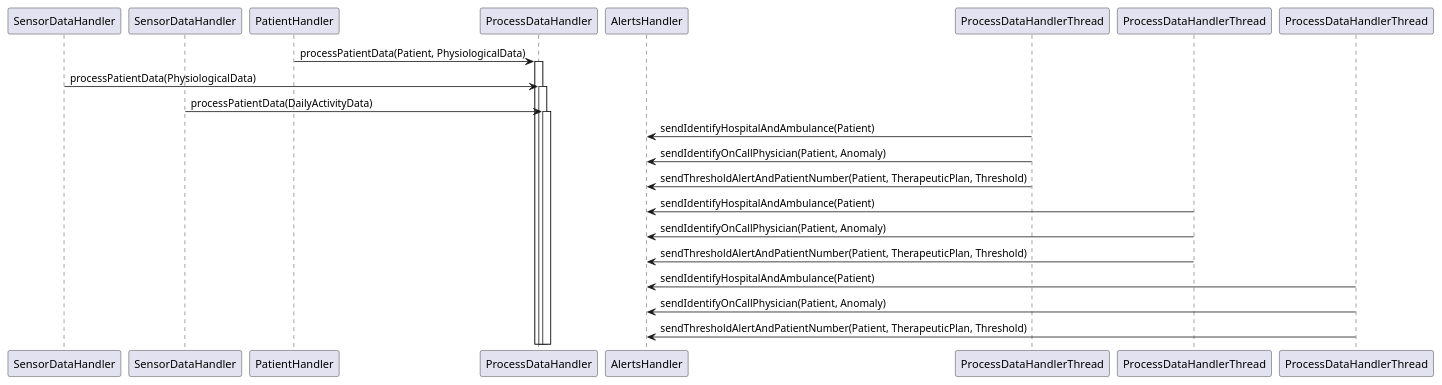
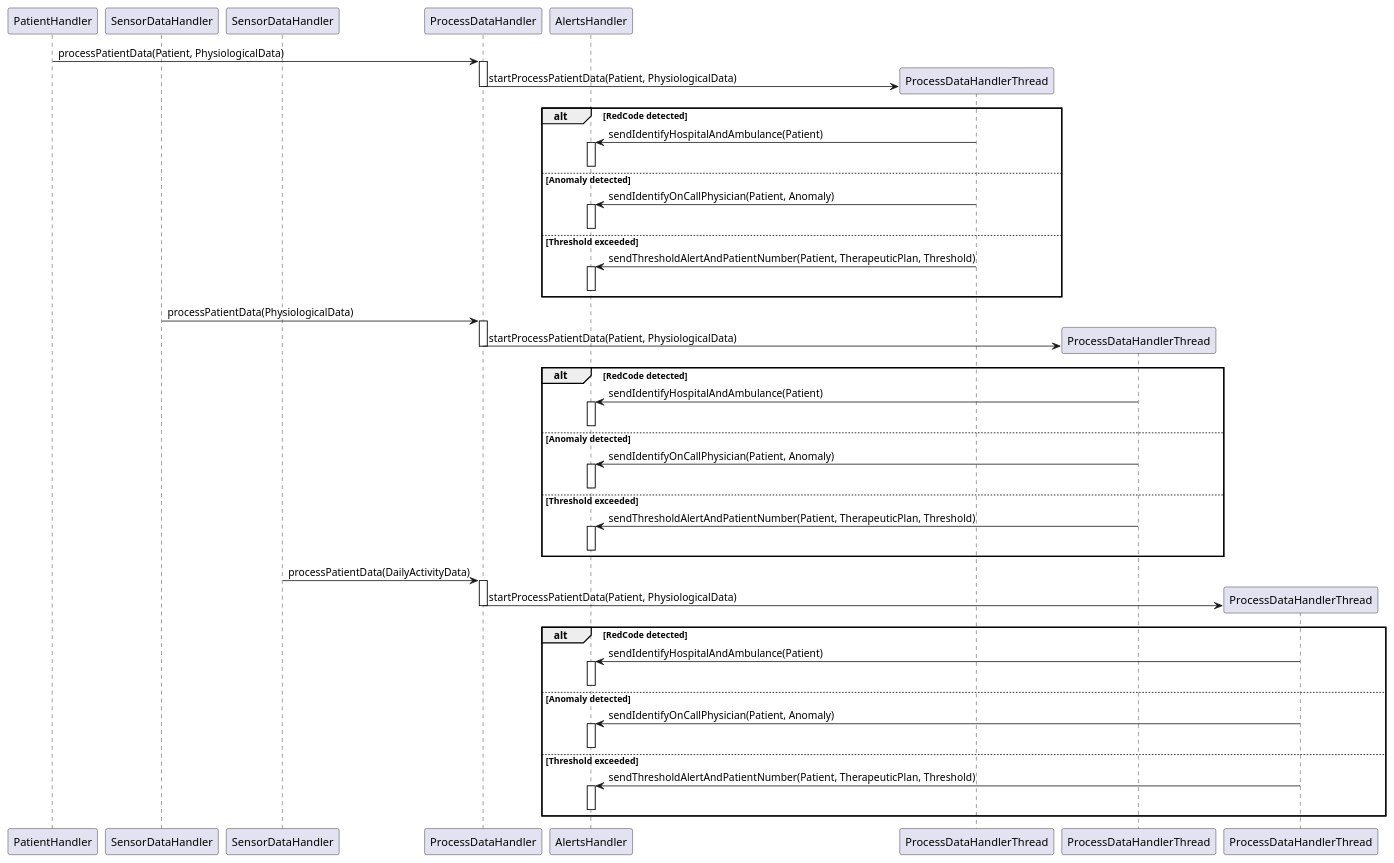
Before and after one commit to koalas11/Software-Architecture-Project: the diagram in diagrams/sequence-diagrams/process_data_handler.wsd, drawn with PlantUML. The commit also changed 2 other files, not shown here.

```diff
--- a/diagrams/sequence-diagrams/process_data_handler.wsd
+++ b/diagrams/sequence-diagrams/process_data_handler.wsd
@@ -1,30 +1,61 @@
 @startuml process_data_handler
+participant PatientHandler as PH
 participant SensorDataHandler as SDH1
 participant SensorDataHandler as SDH2
-participant PatientHandler as PH
 participant ProcessDataHandler as PDH
 participant AlertsHandler as AH
 participant ProcessDataHandlerThread as PDH1
 participant ProcessDataHandlerThread as PDH2
 participant ProcessDataHandlerThread as PDH3
 
 PH -> PDH ++ : processPatientData(Patient, PhysiologicalData)
 
+PDH -> PDH1 ** : startProcessPatientData(Patient, PhysiologicalData)
+deactivate PDH
 
+alt RedCode detected
+PDH1 -> AH ++ : sendIdentifyHospitalAndAmbulance(Patient)
+deactivate AH
+else Anomaly detected
+PDH1 -> AH ++ : sendIdentifyOnCallPhysician(Patient, Anomaly)
+deactivate AH
+else Threshold exceeded
+PDH1 -> AH ++ : sendThresholdAlertAndPatientNumber(Patient, TherapeuticPlan, Threshold)
+deactivate AH
+end
 
 SDH1 -> PDH ++ : processPatientData(PhysiologicalData)
+
+PDH -> PDH2 ** : startProcessPatientData(Patient, PhysiologicalData)
+deactivate PDH
+
+alt RedCode detected
+PDH2 -> AH ++ : sendIdentifyHospitalAndAmbulance(Patient)
+deactivate AH
+else Anomaly detected
+PDH2 -> AH ++ : sendIdentifyOnCallPhysician(Patient, Anomaly)
+deactivate AH
+else Threshold exceeded
+PDH2 -> AH ++ : sendThresholdAlertAndPatientNumber(Patient, TherapeuticPlan, Threshold)
+deactivate AH
+end
+
 SDH2 -> PDH ++ : processPatientData(DailyActivityData)
 
-PDH1 -> AH : sendIdentifyHospitalAndAmbulance(Patient)
-PDH1 -> AH : sendIdentifyOnCallPhysician(Patient, Anomaly)
-PDH1 -> AH : sendThresholdAlertAndPatientNumber(Patient, TherapeuticPlan, Threshold)
+PDH -> PDH3 ** : startProcessPatientData(Patient, PhysiologicalData)
+deactivate PDH
 
-PDH2 -> AH : sendIdentifyHospitalAndAmbulance(Patient)
-PDH2 -> AH : sendIdentifyOnCallPhysician(Patient, Anomaly)
-PDH2 -> AH : sendThresholdAlertAndPatientNumber(Patient, TherapeuticPlan, Threshold)
+alt RedCode detected
+PDH3 -> AH ++ : sendIdentifyHospitalAndAmbulance(Patient)
+deactivate AH
+else Anomaly detected
+PDH3 -> AH ++ : sendIdentifyOnCallPhysician(Patient, Anomaly)
+deactivate AH
+else Threshold exceeded
+PDH3 -> AH ++ : sendThresholdAlertAndPatientNumber(Patient, TherapeuticPlan, Threshold)
+deactivate AH
+end
 
-PDH3 -> AH : sendIdentifyHospitalAndAmbulance(Patient)
-PDH3 -> AH : sendIdentifyOnCallPhysician(Patient, Anomaly)
-PDH3 -> AH : sendThresholdAlertAndPatientNumber(Patient, TherapeuticPlan, Threshold)
+deactivate PDH
 
 @enduml
```
